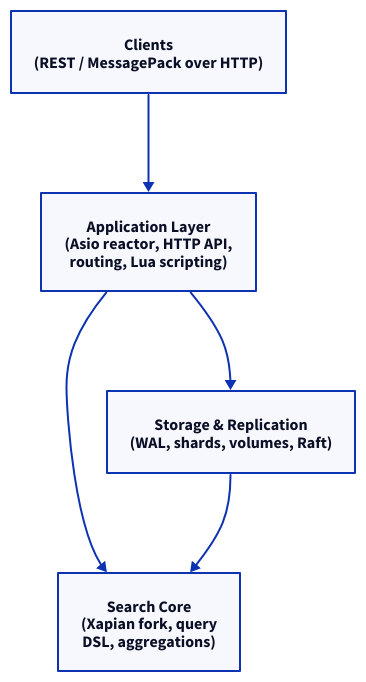
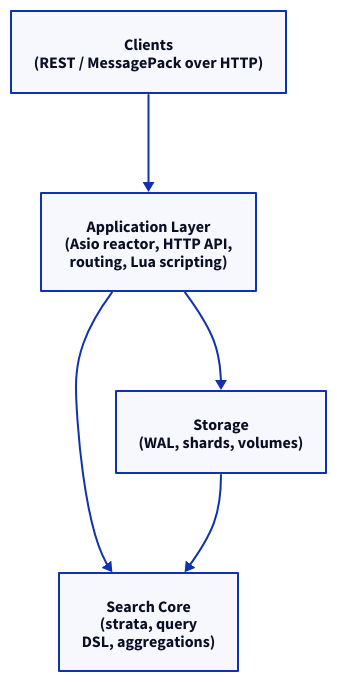
The diagram in docs/src/content/docs/architecture.md (Kronuz/Xapiand), drawn with D2 before and after one commit. The commit also changed other lines of this file and 725 other files, not shown here.

````diff
--- a/docs/src/content/docs/architecture.md
+++ b/docs/src/content/docs/architecture.md
@@ -23,11 +23,11 @@
 ```d2 alt="Xapiand's layered architecture: clients reach the application layer, which drives the storage subsystem and the search core, and storage feeds the search core"
 direction: down
 Clients: "Clients\n(REST / MessagePack over HTTP)"
 App: "Application Layer\n(Asio reactor, HTTP API,\nrouting, Lua scripting)"
-Store: "Storage & Replication\n(WAL, shards, volumes, Raft)"
-Search: "Search Core\n(Xapian fork, query\nDSL, aggregations)"
+Store: "Storage\n(WAL, shards, volumes)"
+Search: "Search Core\n(strata, query\nDSL, aggregations)"
 Clients -> App
 App -> Store
 App -> Search
 Store -> Search
 ```
````
